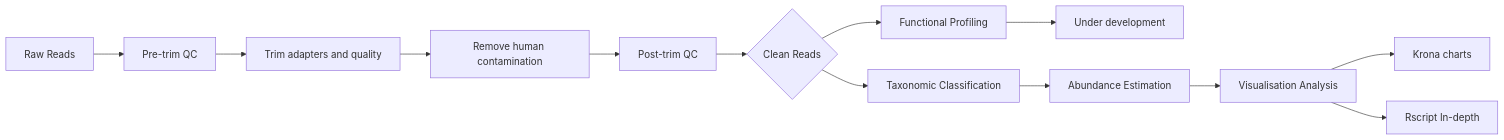
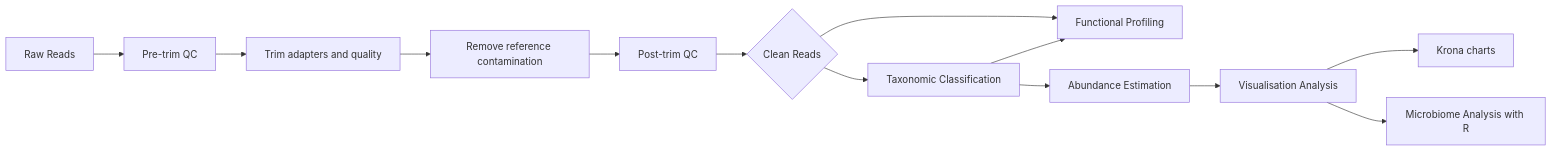
One commit to damioresegun/AuOF_microbiome changed the diagram in README.md. Above: the diagram before and after it, drawn with Mermaid. The commit also changed other lines of this file, not shown here.

````diff
--- a/README.md
+++ b/README.md
@@ -170,15 +14,15 @@
 ```mermaid
 flowchart LR
 a0[Raw Reads] --> a[Pre-trim QC]
 a --> b[Trim adapters and quality]
-b --> c[Remove human contamination]
+b --> c[Remove reference contamination]
 c --> d[Post-trim QC]
 d --> d0{Clean Reads}
 d0 --> e[Taxonomic Classification]
 d0 --> e0[Functional Profiling]
-e0 --> e1[Under development]
+e --> e0
 e --> f[Abundance Estimation]
 f --> g[Visualisation Analysis]
 g --> h[Krona charts]
-g --> i[Rscript In-depth]
+g --> i[Microbiome Analysis with R]
 ```
````
